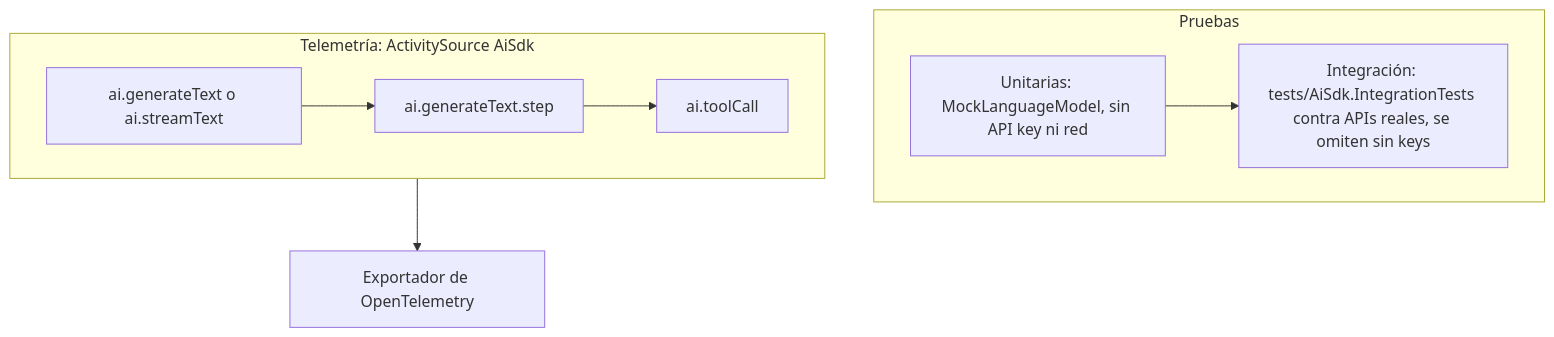
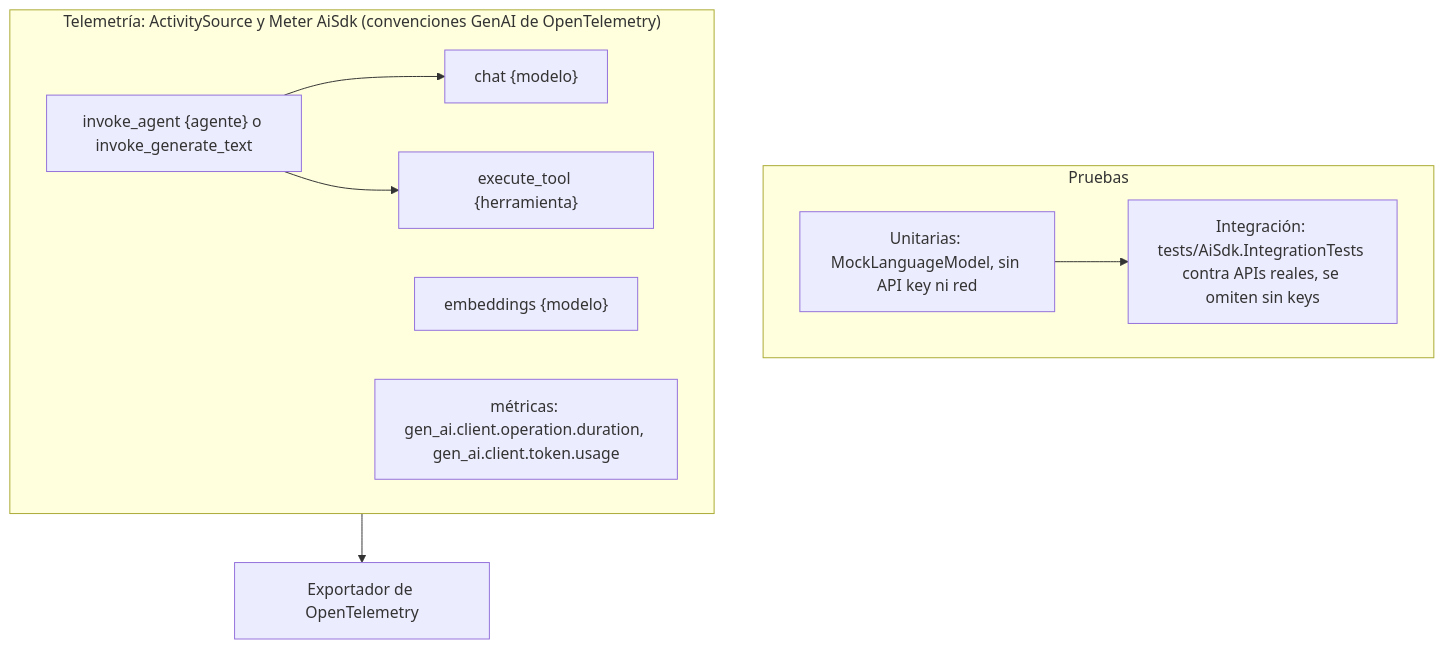
The diagram in docs/wiki/es-Pruebas-y-telemetria.md (bluesmilecl/AiSdk.Net), drawn with Mermaid before and after one commit. The commit also changed other lines of this file and 16 other files, not shown here.

First line of the commit message:
Telemetría: convenciones semánticas GenAI de OpenTelemetry

````diff
--- a/docs/wiki/es-Pruebas-y-telemetria.md
+++ b/docs/wiki/es-Pruebas-y-telemetria.md
@@ -5,13 +5,15 @@
 ```mermaid
 flowchart TB
     subgraph testing["Pruebas"]
         U["Unitarias: MockLanguageModel, sin API key ni red"]
         I["Integración: tests/AiSdk.IntegrationTests contra APIs reales, se omiten sin keys"]
         U --> I
     end
-    subgraph telemetry["Telemetría: ActivitySource AiSdk"]
-        G["ai.generateText o ai.streamText"] --> S["ai.generateText.step"]
-        S --> T["ai.toolCall"]
+    subgraph telemetry["Telemetría: ActivitySource y Meter AiSdk (convenciones GenAI de OpenTelemetry)"]
+        G["invoke_agent {agente} o invoke_generate_text"] --> C["chat {modelo}"]
+        G --> T["execute_tool {herramienta}"]
+        E["embeddings {modelo}"]
+        M["métricas: gen_ai.client.operation.duration, gen_ai.client.token.usage"]
     end
     telemetry --> OT["Exportador de OpenTelemetry"]
 ```
````
